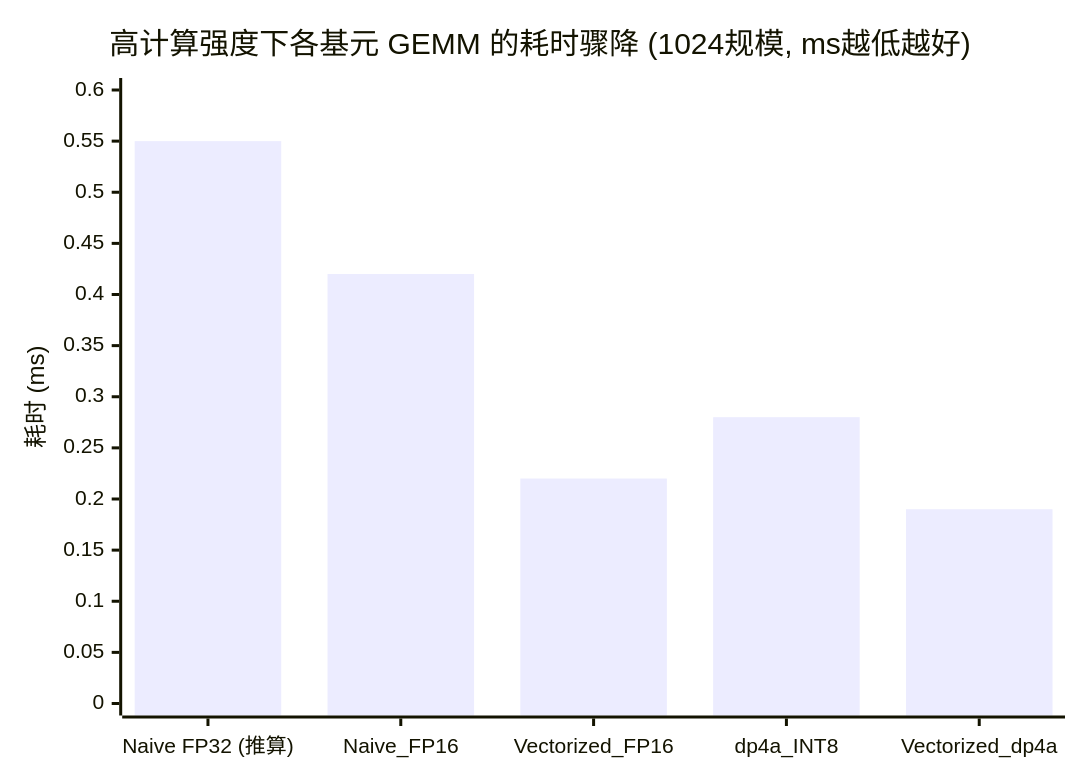
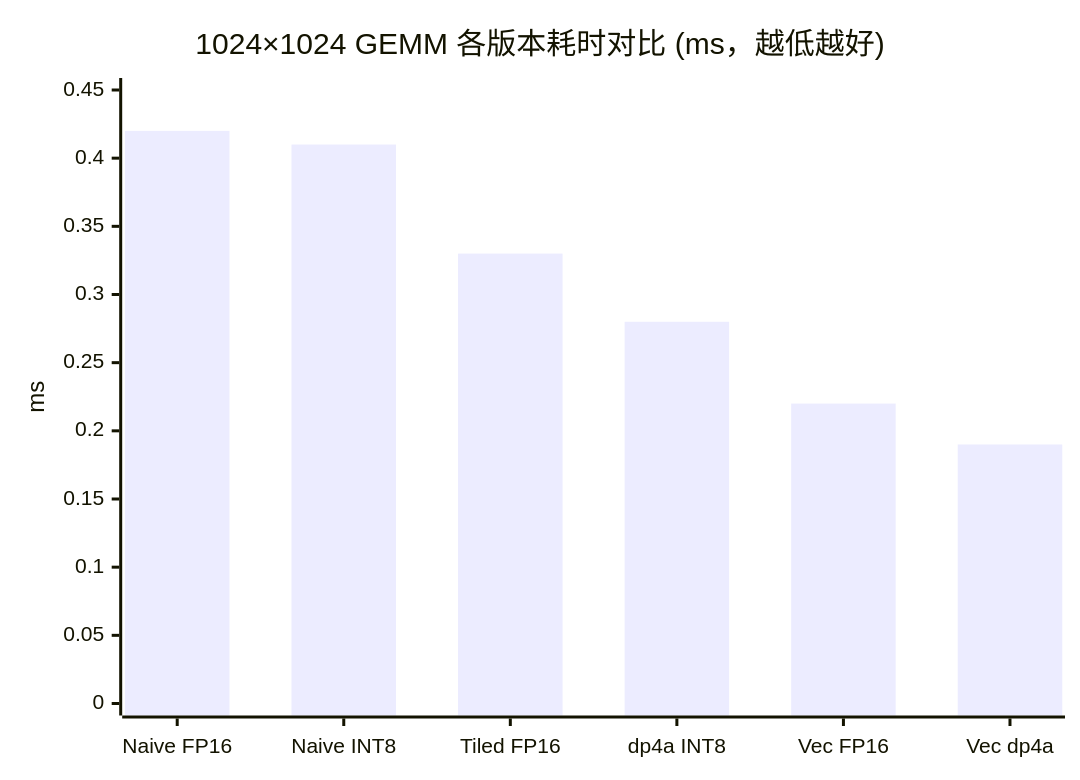
Before and after one commit to psmarter/CUDA-Practice: the second of 2 diagrams in Blogs/07_Quantization_FP16_INT8_dp4a.md, drawn with Mermaid. The commit also changed other lines of this file and 21 other files, not shown here.

````diff
--- a/Blogs/07_Quantization_FP16_INT8_dp4a.md
+++ b/Blogs/07_Quantization_FP16_INT8_dp4a.md
@@ -129,7 +176,7 @@
 ```mermaid
 xychart-beta
-  title "高计算强度下各基元 GEMM 的耗时骤降 (1024规模, ms越低越好)"
-  x-axis ["Naive FP32 (推算)", "Naive_FP16", "Vectorized_FP16", "dp4a_INT8", "Vectorized_dp4a"]
-  y-axis "耗时 (ms)" 0 --> 0.6
-  bar [0.55, 0.42, 0.22, 0.28, 0.19]
+  title "1024×1024 GEMM 各版本耗时对比 (ms，越低越好)"
+  x-axis ["Naive FP16", "Naive INT8", "Tiled FP16", "dp4a INT8", "Vec FP16", "Vec dp4a"]
+  y-axis "ms" 0 --> 0.45
+  bar [0.42, 0.41, 0.33, 0.28, 0.22, 0.19]
 ```
````
